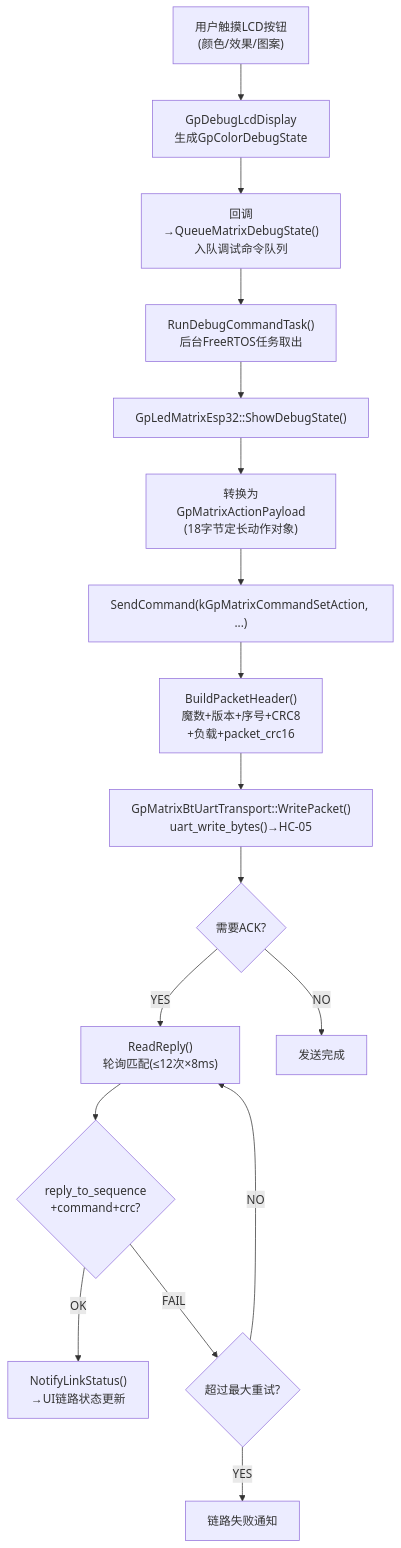
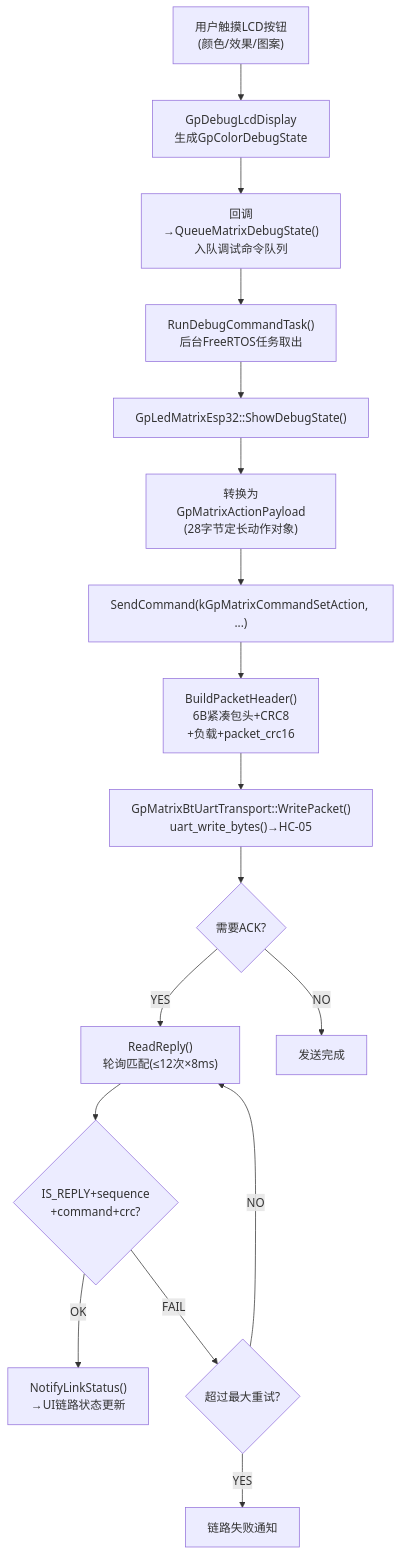
One commit to N3SSS13D/GraduationProject changed the second of 5 diagrams in Doc/毕业论文/ai_side_interface_orchestration_architecture.md. Above: the diagram before and after it, drawn with Mermaid. The commit also changed other lines of this file and 118 other files, not shown here.

````diff
--- a/Doc/毕业论文/ai_side_interface_orchestration_architecture.md
+++ b/Doc/毕业论文/ai_side_interface_orchestration_architecture.md
@@ -366,19 +367,19 @@
 ```mermaid
 flowchart TD
     TOUCH["用户触摸LCD按钮<br/>(颜色/效果/图案)"] --> STATE["GpDebugLcdDisplay<br/>生成GpColorDebugState"]
     STATE --> CB["回调→QueueMatrixDebugState()<br/>入队调试命令队列"]
     CB --> TASK["RunDebugCommandTask()<br/>后台FreeRTOS任务取出"]
     TASK --> SHOW["GpLedMatrixEsp32::ShowDebugState()"]
-    SHOW --> CONV["转换为GpMatrixActionPayload<br/>(18字节定长动作对象)"]
+  SHOW --> CONV["转换为GpMatrixActionPayload<br/>(28字节定长动作对象)"]
     CONV --> SEND["SendCommand(kGpMatrixCommandSetAction, ...)"]
-    SEND --> BUILD["BuildPacketHeader()<br/>魔数+版本+序号+CRC8<br/>+负载+packet_crc16"]
+  SEND --> BUILD["BuildPacketHeader()<br/>6B紧凑包头+CRC8<br/>+负载+packet_crc16"]
     BUILD --> WRITE["GpMatrixBtUartTransport::WritePacket()<br/>uart_write_bytes()→HC-05"]
     WRITE --> ACK{"需要ACK?"}
     ACK -->|"YES"| READ["ReadReply()<br/>轮询匹配(≤12次×8ms)"]
     ACK -->|"NO"| DONE["发送完成"]
-    READ --> MATCH{"reply_to_sequence<br/>+command+crc?"}
+  READ --> MATCH{"IS_REPLY+sequence<br/>+command+crc?"}
     MATCH -->|"OK"| NOTIFY["NotifyLinkStatus()<br/>→UI链路状态更新"]
     MATCH -->|"FAIL"| RETRY{"超过最大重试?"}
     RETRY -->|"NO"| READ
     RETRY -->|"YES"| FAIL["链路失败通知"]
 ```
````
